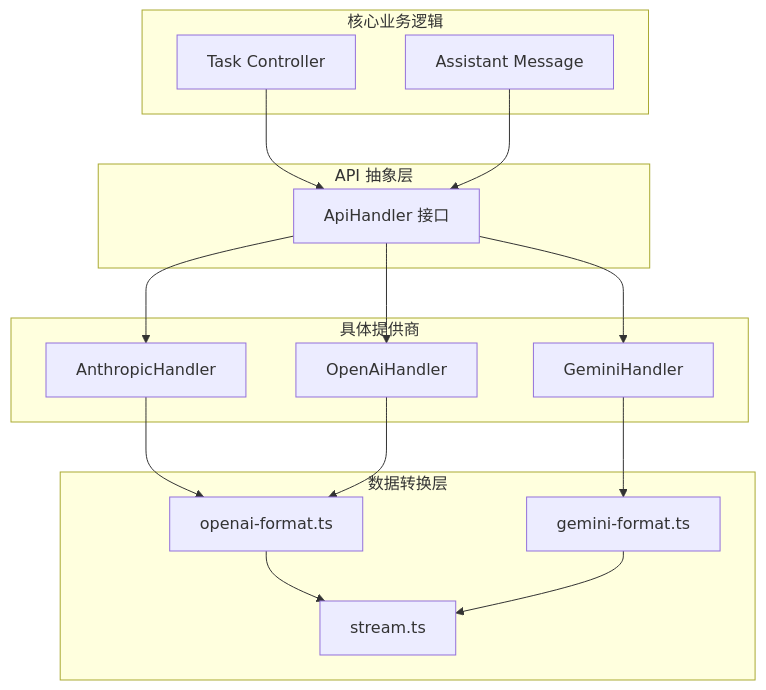
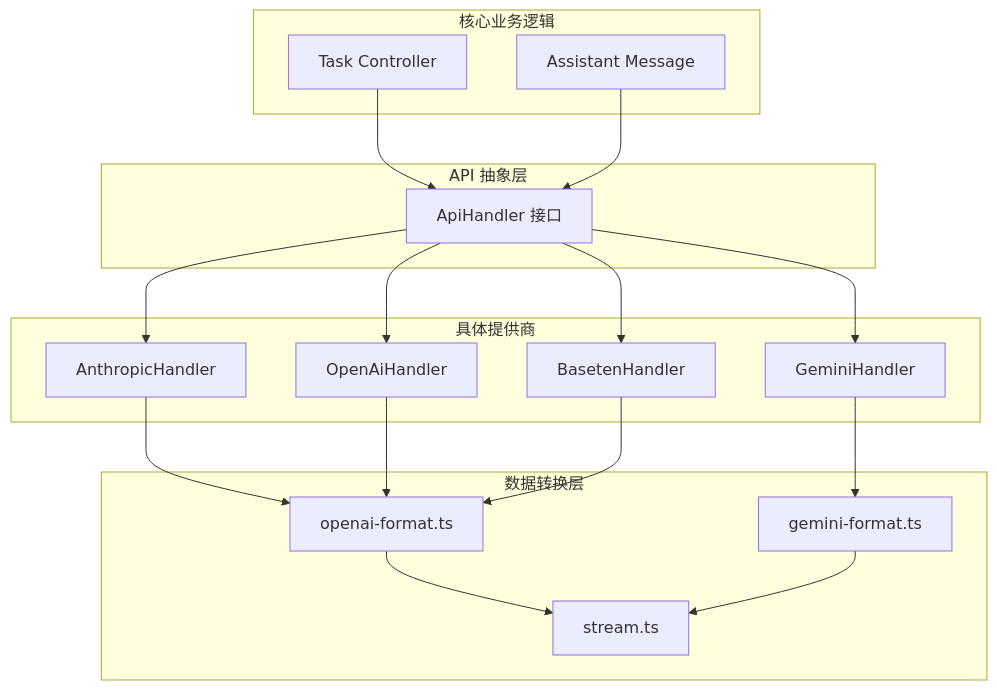
One commit to fix-echo/cline changed the second of 6 diagrams in .qoder/repowiki/zh/content/集成与扩展/外部系统集成/LLM提供商集成.md. Above: the diagram before and after it, drawn with Mermaid. The commit also changed other lines of this file and 17 other files, not shown here.

````diff
--- a/.qoder/repowiki/zh/content/集成与扩展/外部系统集成/LLM提供商集成.md
+++ b/.qoder/repowiki/zh/content/集成与扩展/外部系统集成/LLM提供商集成.md
@@ -66,30 +88,33 @@
 ```mermaid
 graph TB
 subgraph "核心业务逻辑"
 A[Task Controller]
 B[Assistant Message]
 end
 subgraph "API 抽象层"
 C[ApiHandler 接口]
 end
 subgraph "具体提供商"
 D[AnthropicHandler]
 E[OpenAiHandler]
 F[GeminiHandler]
+G[BasetenHandler]
 end
 subgraph "数据转换层"
-G[openai-format.ts]
-H[gemini-format.ts]
-I[stream.ts]
+H[openai-format.ts]
+I[gemini-format.ts]
+J[stream.ts]
 end
 A --> C
 B --> C
 C --> D
 C --> E
 C --> F
-D --> G
-E --> G
-F --> H
-G --> I
-H --> I
+C --> G
+D --> H
+E --> H
+F --> I
+G --> H
+H --> J
+I --> J
 ```
````
